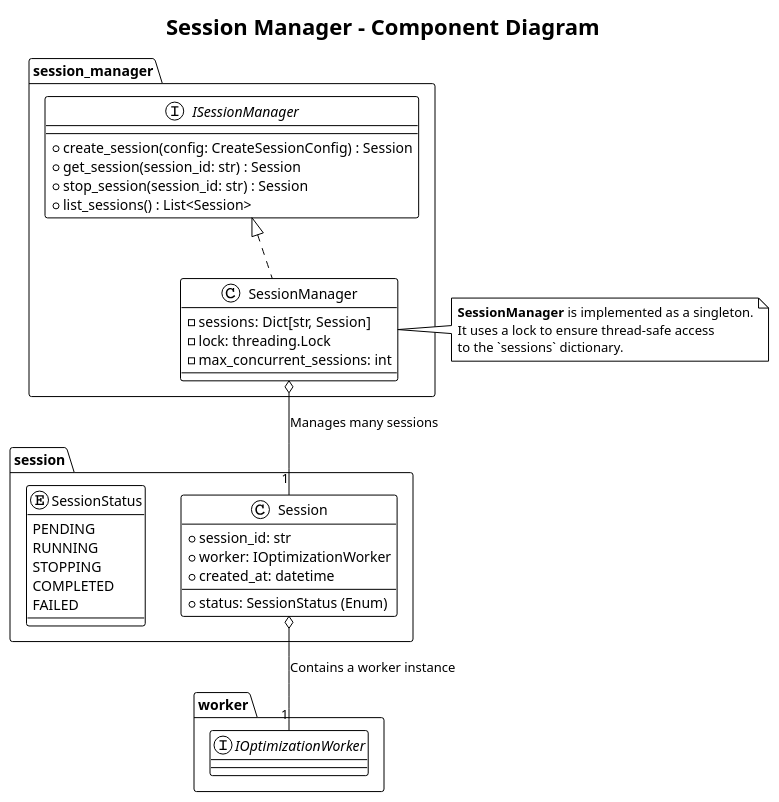
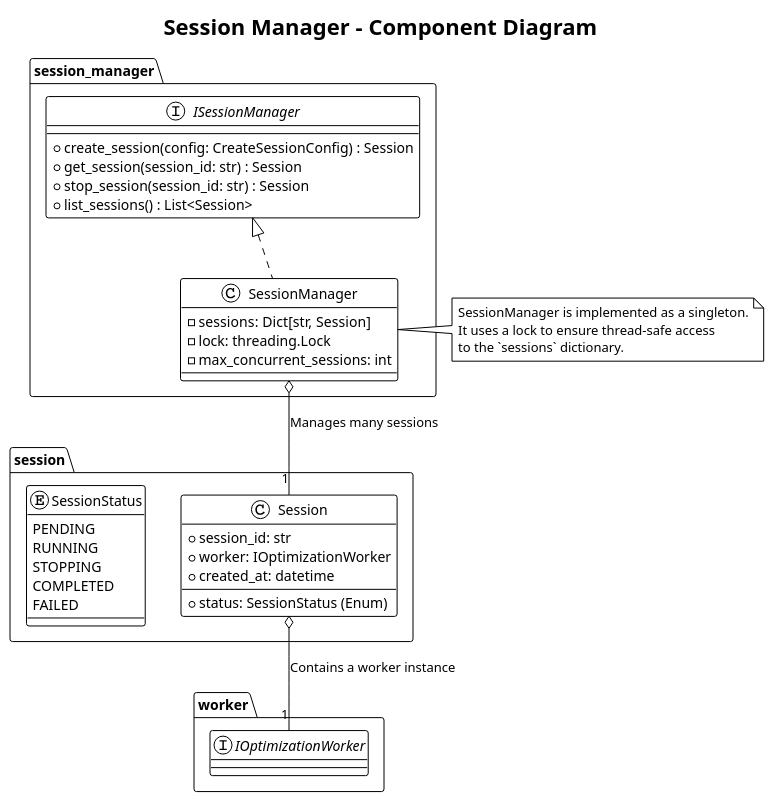
Before and after one commit to kalahetun/Minesweeper: the fourth of 7 diagrams in recommender/docs/design_doc/Design_1_CoordinatorService.md, drawn with PlantUML. The commit also changed other lines of this file and 27 other files, not shown here.

````diff
--- a/recommender/docs/design_doc/Design_1_CoordinatorService.md
+++ b/recommender/docs/design_doc/Design_1_CoordinatorService.md
@@ -236,66 +236,66 @@
 ```plantuml
 @startuml
 !theme plain
 skinparam rectangle {
     BorderColor #3A3A3A
     BackgroundColor #F0F0F0
 }
 skinparam component {
     BorderColor #3A3A3A
     BackgroundColor #AliceBlue
 }
 skinparam interface {
     BorderColor #3A3A3A
     BackgroundColor #LightYellow
 }
 
 title Session Manager - Component Diagram
 
 package "session_manager" {
     interface "ISessionManager" as IManager {
         + create_session(config: CreateSessionConfig) : Session
         + get_session(session_id: str) : Session
         + stop_session(session_id: str) : Session
         + list_sessions() : List<Session>
     }
 
     class "SessionManager" as ManagerImpl {
         - sessions: Dict[str, Session]
         - lock: threading.Lock
         - max_concurrent_sessions: int
     }
     
     ManagerImpl .up.|> IManager
 }
 
 package "worker" {
     interface "IOptimizationWorker" as IWorker
 }
 
 package "session" {
     class "Session" as Session {
         + session_id: str
         + status: SessionStatus (Enum)
         + worker: IOptimizationWorker
         + created_at: datetime
     }
     
     enum "SessionStatus" {
         PENDING
         RUNNING
         STOPPING
         COMPLETED
         FAILED
     }
 }
 
 ManagerImpl o-- "1" Session : Manages many sessions
 Session o-- "1" IWorker : Contains a worker instance
 
 note right of ManagerImpl
-  **SessionManager** is implemented as a singleton.
+  SessionManager is implemented as a singleton.
   It uses a lock to ensure thread-safe access
   to the `sessions` dictionary.
 end note
 @enduml
 ```
````
